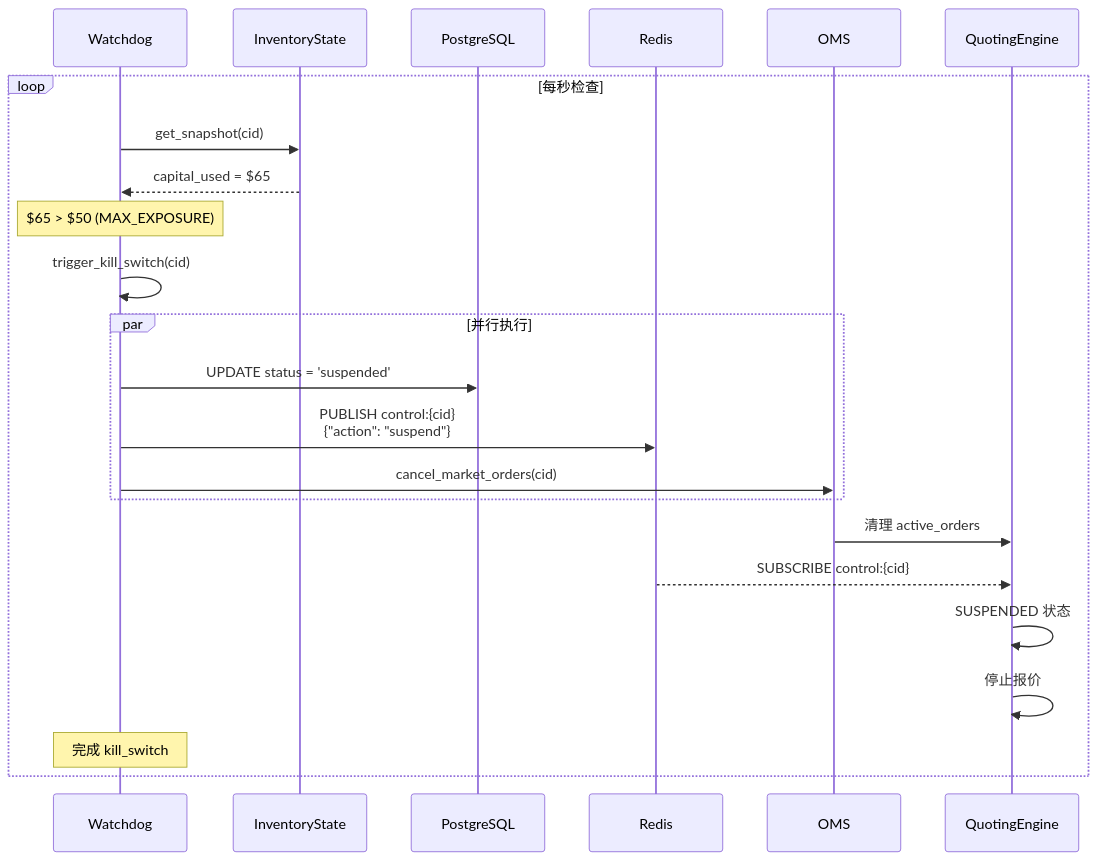
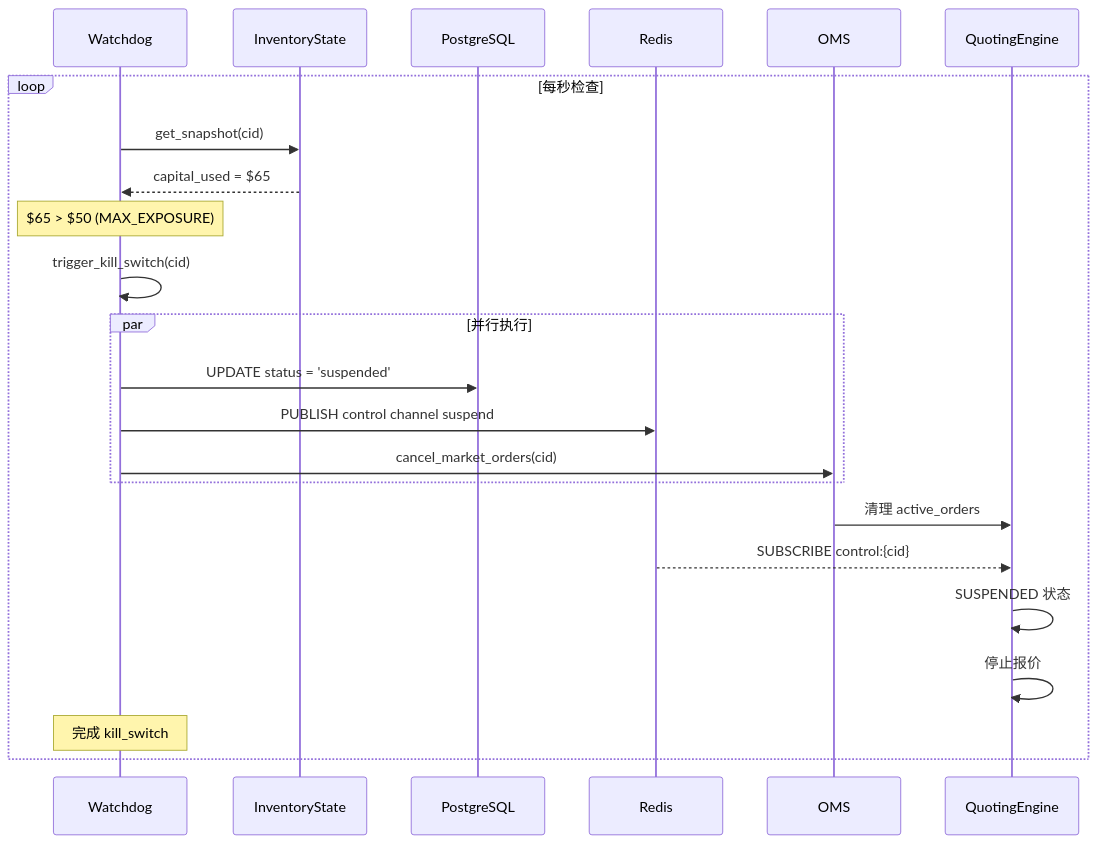
Before and after one commit to liu-kaining/PolyMatrixEngine: the second of 3 diagrams in spec/architecture_diagrams/07_risk_control_layers.md, drawn with Mermaid. The commit also changed other lines of this file and 1 other file, not shown here.

````diff
--- a/spec/architecture_diagrams/07_risk_control_layers.md
+++ b/spec/architecture_diagrams/07_risk_control_layers.md
@@ -88,38 +96,38 @@
 ```mermaid
 %%{init: {'theme': 'base', 'themeVariables': {
   'primaryColor': '#1e3a5f',
   'primaryTextColor': '#ffffff',
   'primaryBorderColor': '#334155',
   'lineColor': '#64748b'
 }}%%
 sequenceDiagram
     participant WD as Watchdog
     participant Inv as InventoryState
     participant DB as PostgreSQL
     participant Redis as Redis
     participant OMS as OMS
     participant QE as QuotingEngine
 
     loop 每秒检查
         WD->>Inv: get_snapshot(cid)
         Inv-->>WD: capital_used = $65
 
         Note over WD: $65 > $50 (MAX_EXPOSURE)
 
         WD->>WD: trigger_kill_switch(cid)
 
         par 并行执行
             WD->>DB: UPDATE status = 'suspended'
-            WD->>Redis: PUBLISH control:{cid}<br/>{"action": "suspend"}
+            WD->>Redis: PUBLISH control channel suspend
             WD->>OMS: cancel_market_orders(cid)
         end
 
         OMS->>QE: 清理 active_orders
 
         Redis-->>QE: SUBSCRIBE control:{cid}
         QE->>QE: SUSPENDED 状态
         QE->>QE: 停止报价
 
         Note over WD: 完成 kill_switch
     end
 ```
````
